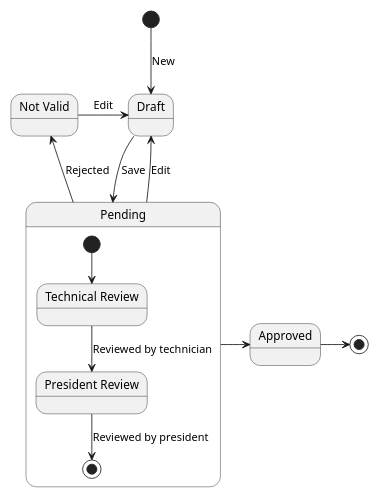
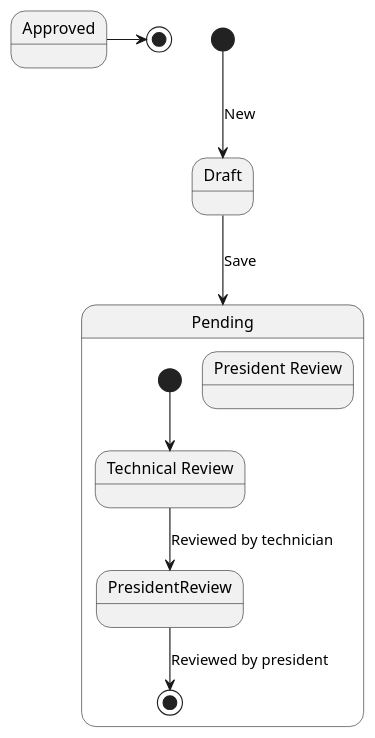
One commit to Cavitedev/plantuml_examples changed the diagram in src/state/Request.puml. Above: the diagram before and after it, drawn with PlantUML. The commit also changed 1 other file, not shown here.

```diff
--- a/src/state/Request.puml
+++ b/src/state/Request.puml
@@ -1,26 +1,19 @@
 @startuml
 scale 350 width
 [*] --> Draft : New
 
 Draft --> Pending : Save
 
 state Pending {
 
   state "Technical Review" as TechnicalReview
-  state "President Review" as PresidentReview
+  state "President Review" as PresidentoReview
 
   [*] --> TechnicalReview
   TechnicalReview --> PresidentReview : Reviewed by technician
   PresidentReview --> [*] : Reviewed by president
 }
-state "Not Valid" as NotValid
-Pending --> NotValid : Rejected
-NotValid -> Draft : Edit
-
-Pending --> Draft : Edit
-
-Pending -right-> Approved
 
 Approved -> [*]
 
 @enduml
```
